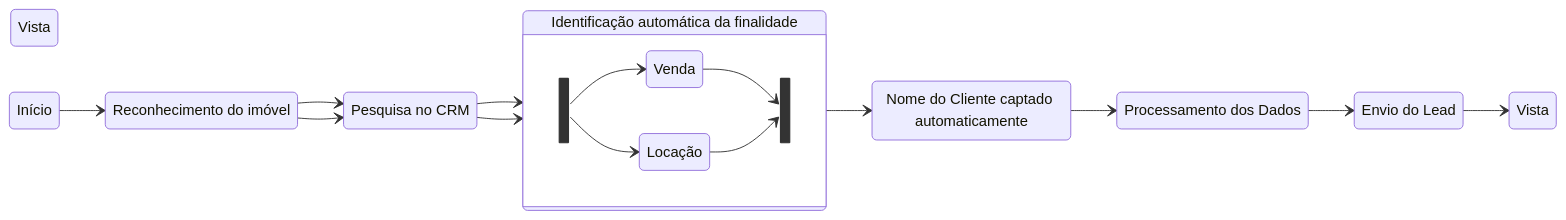
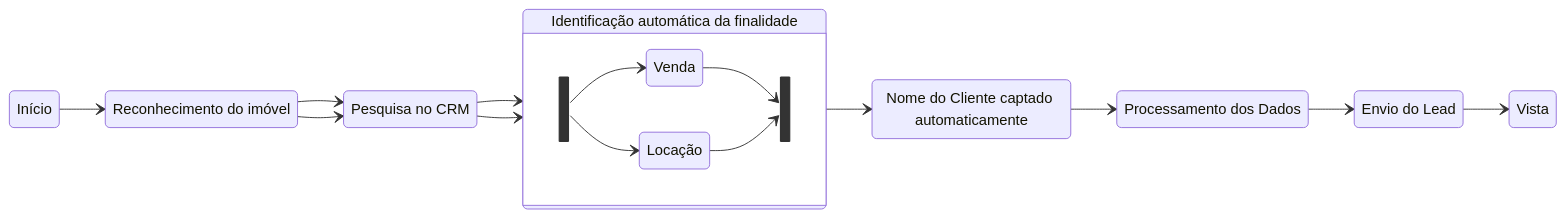
One commit to pepeleascov/cmsouza changed the second of 2 diagrams in readme.md. Above: the diagram before and after it, drawn with Mermaid.

````diff
--- a/readme.md
+++ b/readme.md
@@ -163,33 +163,32 @@
 ```mermaid
 stateDiagram
     1: Reconhecimento do imóvel
     2: Pesquisa no CRM
     3: Identificação automática da finalidade
     v: Venda
     l: Locação
     4: Nome do Cliente captado automaticamente
     5: Processamento dos Dados
     6: Envio do Lead
-    7: Vista
     direction LR
     
     Início --> 1
     1 --> 2
     2 --> 3
     state 3 {
     state fork_state <<fork>>
     direction LR
         fork_state
         fork_state --> v
         fork_state --> l
     state join_state <<join>>
     v --> join_state
     l --> join_state
     }
     1 --> 2
     2 --> 3
     3 --> 4
     4 --> 5
     5 --> 6
     6 --> Vista
 ```
````
